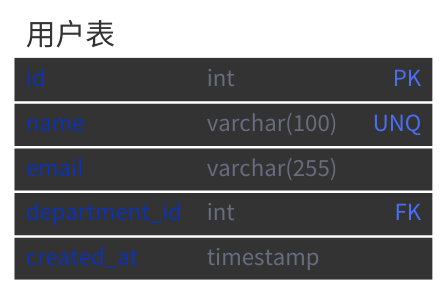
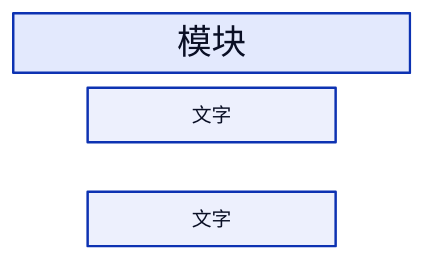
One commit to x-dc-coder/CC-Skills changed the third of 4 diagrams in d2-paper/SKILL.md. Above: the diagram before and after it, drawn with D2. The commit also changed other lines of this file and 11 other files, not shown here.

````diff
--- a/d2-paper/SKILL.md
+++ b/d2-paper/SKILL.md
@@ -188,13 +180,15 @@
 ```d2
-users: 用户表 {
-  shape: sql_table
-  style.fill: "#FFFFFF"
-  style.stroke: "#333333"
+# ❌ 错误：容器设 height → 父容器被「卡死」
+module: 模块 {
+  height: 48
+  grid-rows: 4
+  child1: "文字" {width: 200; height: 44}
+}
 
-  id: int {constraint: primary_key}
-  name: varchar(100) {constraint: unique}
-  email: varchar(255)
-  department_id: int {constraint: foreign_key}
-  created_at: timestamp
+# ✅ 正确：仅叶节点设 height，容器自适应
+module: 模块 {
+  grid-rows: 4
+  child1: "文字" {width: 200; height: 44}
+  child2: "文字" {width: 200; height: 44}
 }
 ```
````
